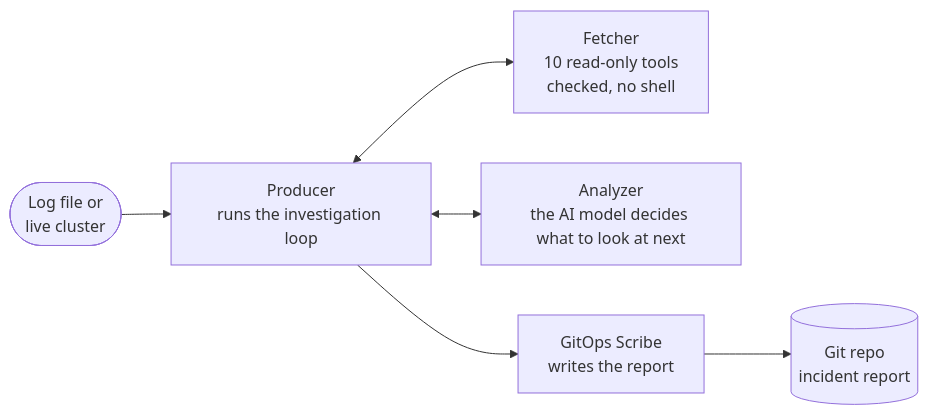
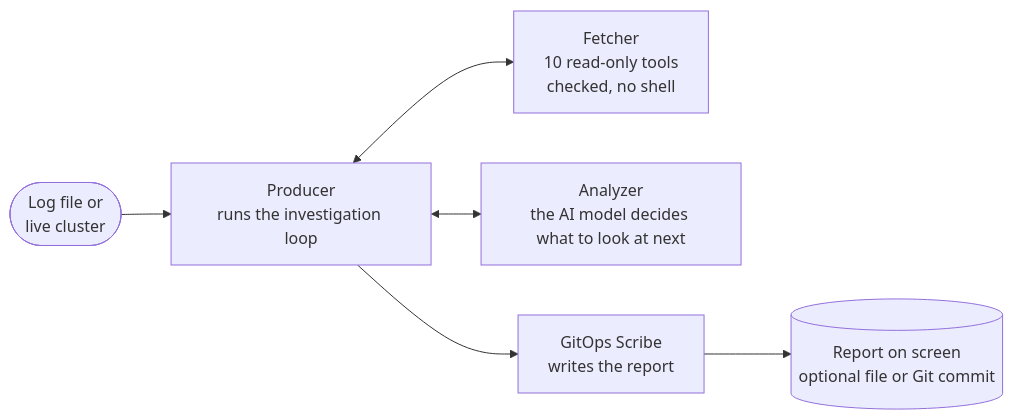
One commit to vivekj21/log-analyzer changed the first of 2 diagrams in README.md. Above: the diagram before and after it, drawn with Mermaid. The commit also changed other lines of this file and 7 other files, not shown here.

First line of the commit message:
step29a: report always printed; --output saves a file; Git is optional (--git, or --git-repo)

````diff
--- a/README.md
+++ b/README.md
@@ -31,8 +31,8 @@
 ```mermaid
 flowchart LR
     IN(["Log file or<br/>live cluster"]) --> PR["Producer<br/>runs the investigation loop"]
     PR <--> FE["Fetcher<br/>10 read-only tools<br/>checked, no shell"]
     PR <--> AN["Analyzer<br/>the AI model decides what to look at next"]
     PR --> GS["GitOps Scribe<br/>writes the report"]
-    GS --> OUT[("Git repo<br/>incident report")]
+    GS --> OUT[("Report on screen<br/>optional file or Git commit")]
 ```
````
